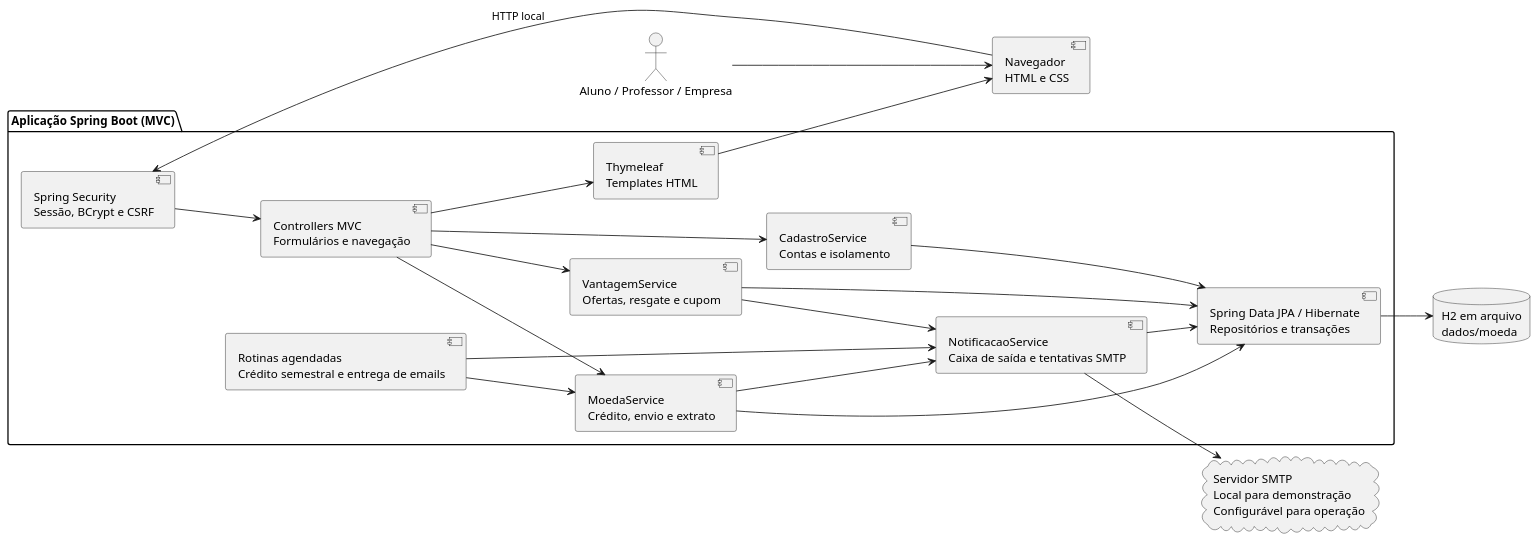
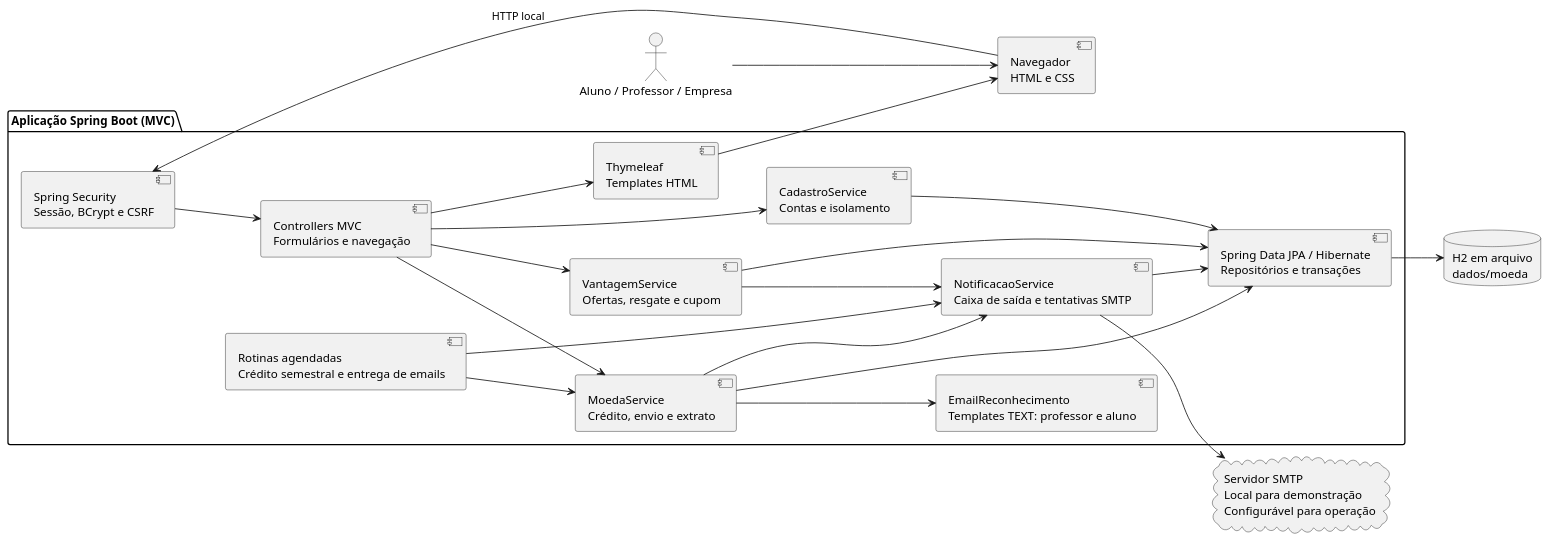
Before and after one commit to lucasnmc12/lab03-moeda-estudantil: the diagram in docs/diagramas/diagrama-de-componentes.puml, drawn with PlantUML. The commit also changed 19 other files, not shown here.

First line of the commit message:
feat: confirma o envio de moedas para professor e aluno

```diff
--- a/docs/diagramas/diagrama-de-componentes.puml
+++ b/docs/diagramas/diagrama-de-componentes.puml
@@ -1,37 +1,39 @@
 @startuml componentes_moeda
 skinparam shadowing false
 left to right direction
 actor "Aluno / Professor / Empresa" as Pessoa
 component "Navegador\nHTML e CSS" as Browser
 package "Aplicação Spring Boot (MVC)" {
  component "Spring Security\nSessão, BCrypt e CSRF" as Security
  component "Controllers MVC\nFormulários e navegação" as MVC
  component "Thymeleaf\nTemplates HTML" as Views
  component "CadastroService\nContas e isolamento" as Cadastro
  component "MoedaService\nCrédito, envio e extrato" as Moedas
  component "VantagemService\nOfertas, resgate e cupom" as Vantagens
  component "Spring Data JPA / Hibernate\nRepositórios e transações" as ORM
+ component "EmailReconhecimento\nTemplates TEXT: professor e aluno" as TemplatesEmail
  component "NotificacaoService\nCaixa de saída e tentativas SMTP" as Email
  component "Rotinas agendadas\nCrédito semestral e entrega de emails" as Jobs
 }
 database "H2 em arquivo\ndados/moeda" as DB
 cloud "Servidor SMTP\nLocal para demonstração\nConfigurável para operação" as SMTP
 Pessoa --> Browser
 Browser --> Security : HTTP local
 Security --> MVC
 MVC --> Views
 Views --> Browser
 MVC --> Cadastro
 MVC --> Moedas
 MVC --> Vantagens
 Cadastro --> ORM
 Moedas --> ORM
 Vantagens --> ORM
+Moedas --> TemplatesEmail
 Moedas --> Email
 Vantagens --> Email
 Email --> ORM
 ORM --> DB
 Jobs --> Moedas
 Jobs --> Email
 Email --> SMTP
 @enduml
```
